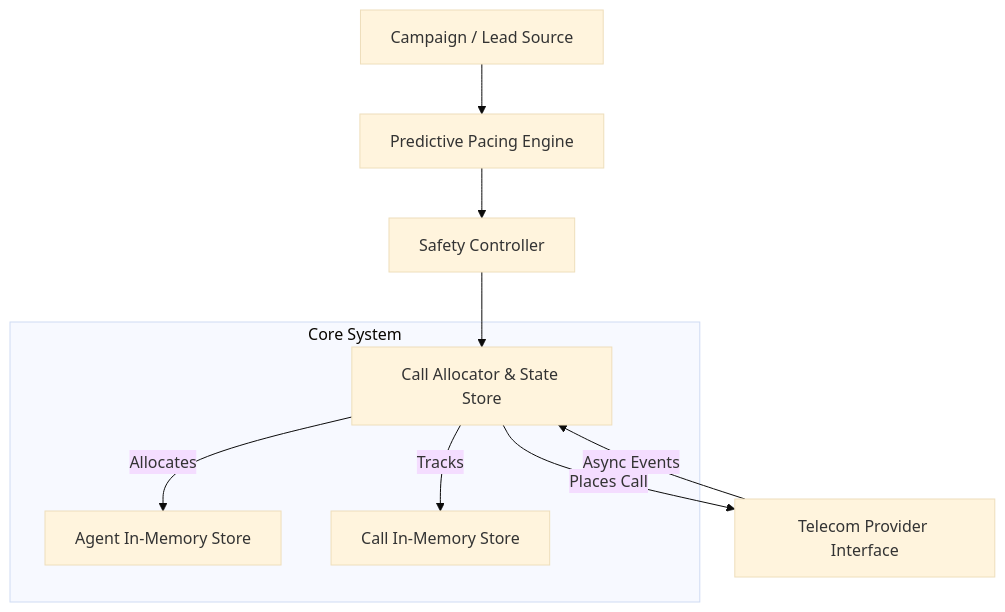
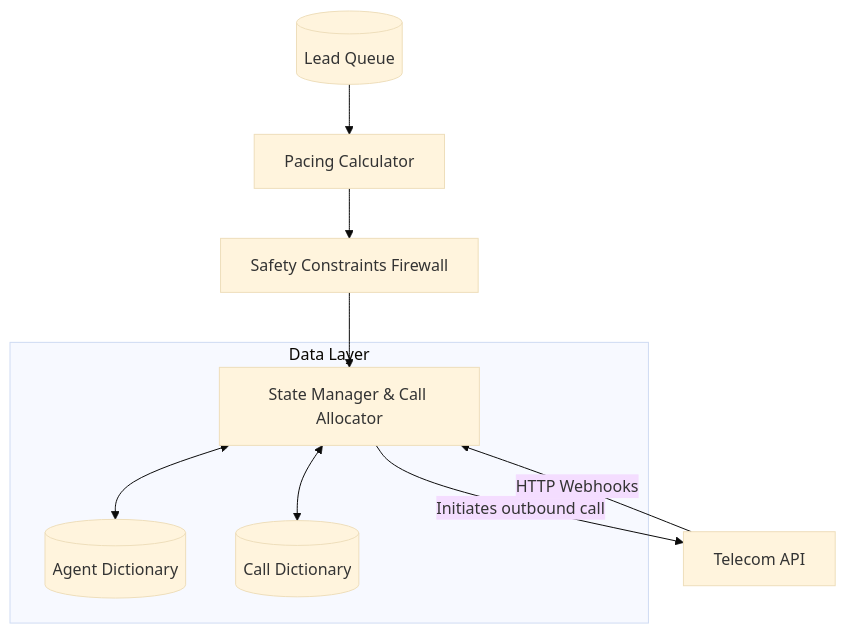
The diagram in architecture.md (Sarthak-7775/Cred), drawn with Mermaid (base theme) before and after one commit. The commit also changed other lines of this file and 3 other files, not shown here.

````diff
--- a/architecture.md
+++ b/architecture.md
@@ -5,14 +5,14 @@
 ```mermaid
 flowchart TD
-    Campaign[Campaign / Lead Source] --> Engine[Predictive Pacing Engine]
-    Engine --> Safety[Safety Controller]
-    Safety --> Allocator[Call Allocator & State Store]
+    Queue[(Lead Queue)] --> PaceCalc[Pacing Calculator]
+    PaceCalc --> Bounds[Safety Constraints Firewall]
+    Bounds --> CoreEngine[State Manager & Call Allocator]
     
-    subgraph Core System
-        Allocator -->|Allocates| Agent[Agent In-Memory Store]
-        Allocator -->|Tracks| Call[Call In-Memory Store]
+    subgraph Data Layer
+        CoreEngine <--> AgentMap[(Agent Dictionary)]
+        CoreEngine <--> CallMap[(Call Dictionary)]
     end
     
-    Allocator -->|Places Call| Provider[Telecom Provider Interface]
-    Provider -->|Async Events| Allocator
+    CoreEngine -->|Initiates outbound call| Telecom[Telecom API]
+    Telecom -->|HTTP Webhooks| CoreEngine
 ```
````
